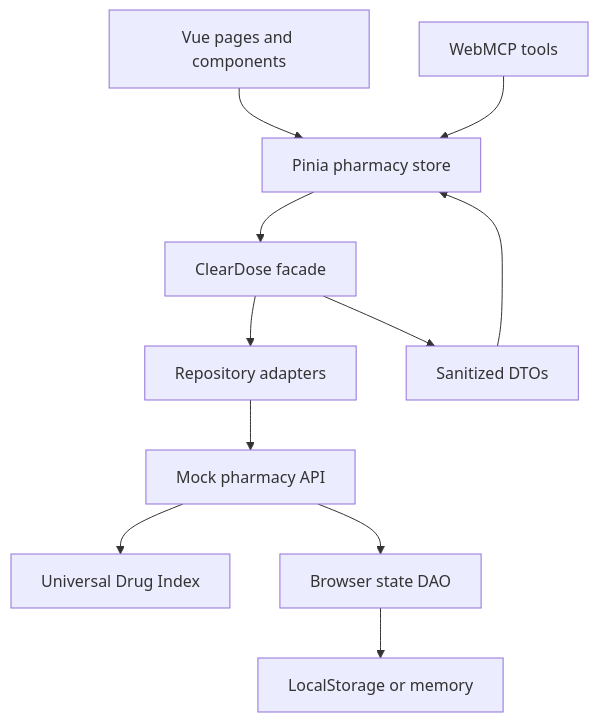
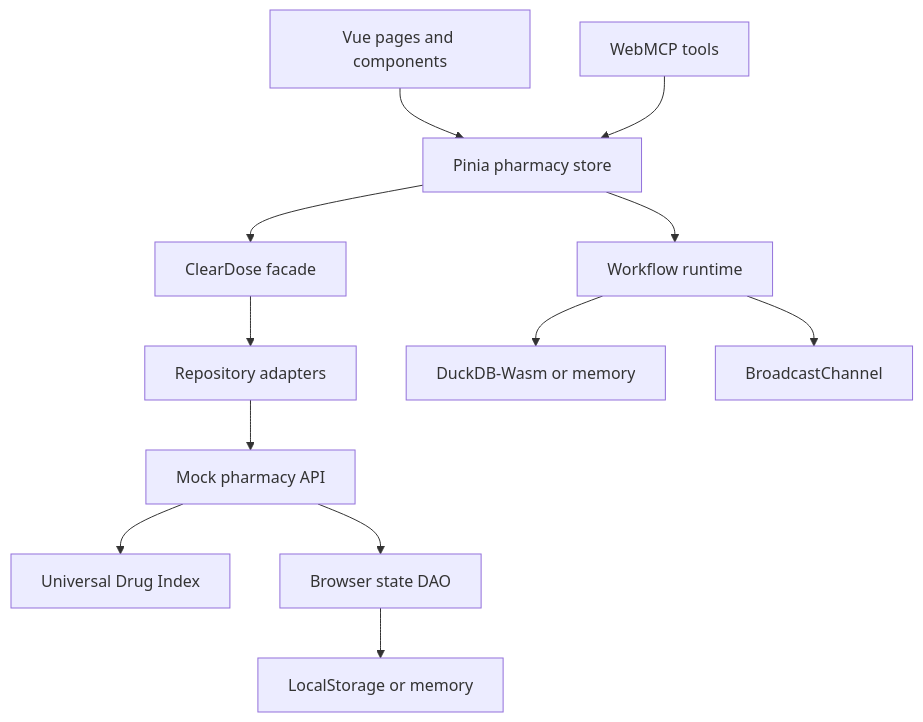
Before and after one commit to bclonan/cleardose: the diagram in docs/ARCHITECTURE.md, drawn with Mermaid. The commit also changed other lines of this file and 47 other files, not shown here.

````diff
--- a/docs/ARCHITECTURE.md
+++ b/docs/ARCHITECTURE.md
@@ -3,13 +3,14 @@
 ```mermaid
 flowchart TD
   UI[Vue pages and components] --> Store[Pinia pharmacy store]
   Tools[WebMCP tools] --> Store
   Store --> Facade[ClearDose facade]
+  Store --> Runtime[Workflow runtime]
   Facade --> Repos[Repository adapters]
   Repos --> API[Mock pharmacy API]
   API --> UDI[Universal Drug Index]
   API --> DAO[Browser state DAO]
   DAO --> Storage[LocalStorage or memory]
-  Facade --> DTO[Sanitized DTOs]
-  DTO --> Store
+  Runtime --> FlowDB[DuckDB-Wasm or memory]
+  Runtime --> Channel[BroadcastChannel]
 ```
````
